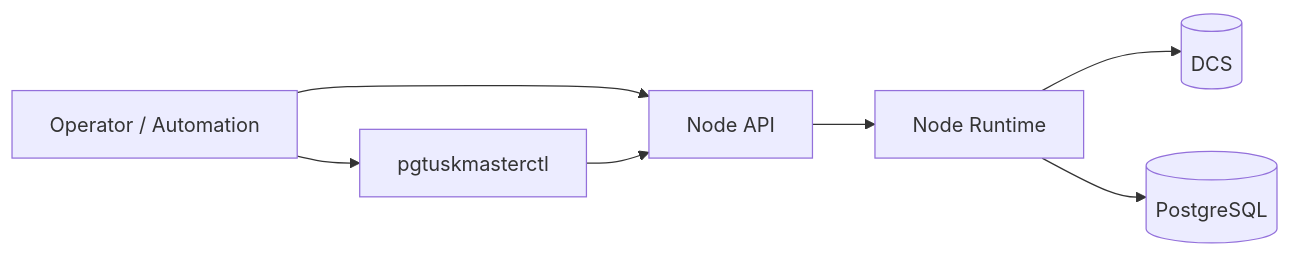
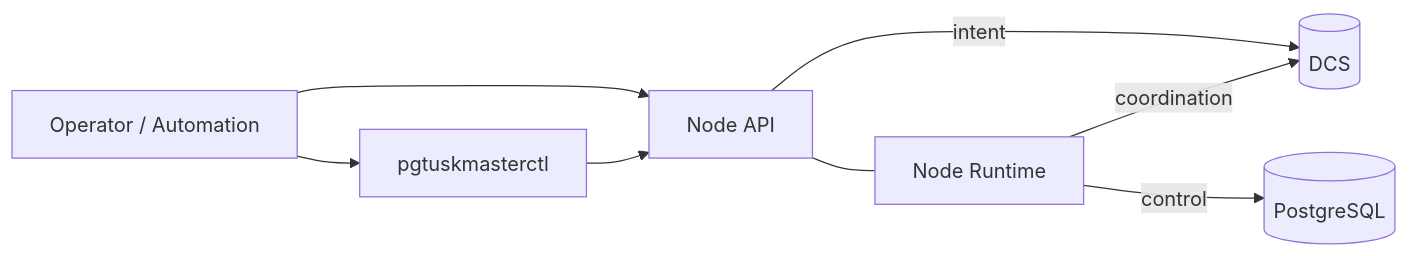
One commit to djosh34/pgtuskmaster_rust changed the diagram in docs/src/interfaces/index.md. Above: the diagram before and after it, drawn with Mermaid. The commit also changed other lines of this file and 36 other files, not shown here.

First line of the commit message:
task finished 33-task-deep-skeptical-verification-of-doc-facts-and-writing-quality: audit docs + fix diagrams/test flake

````diff
--- a/docs/src/interfaces/index.md
+++ b/docs/src/interfaces/index.md
@@ -9,10 +9,11 @@
 ```mermaid
 flowchart LR
   Op[Operator / Automation] --> API[Node API]
   Op --> CLI[pgtuskmasterctl]
   CLI --> API
 
-  API --> Runtime[Node Runtime]
-  Runtime --> ETCD[(DCS)]
-  Runtime --> PG[(PostgreSQL)]
+  API --- Runtime[Node Runtime]
+  API -->|intent| ETCD[(DCS)]
+  Runtime -->|coordination| ETCD
+  Runtime -->|control| PG[(PostgreSQL)]
 ```
````
